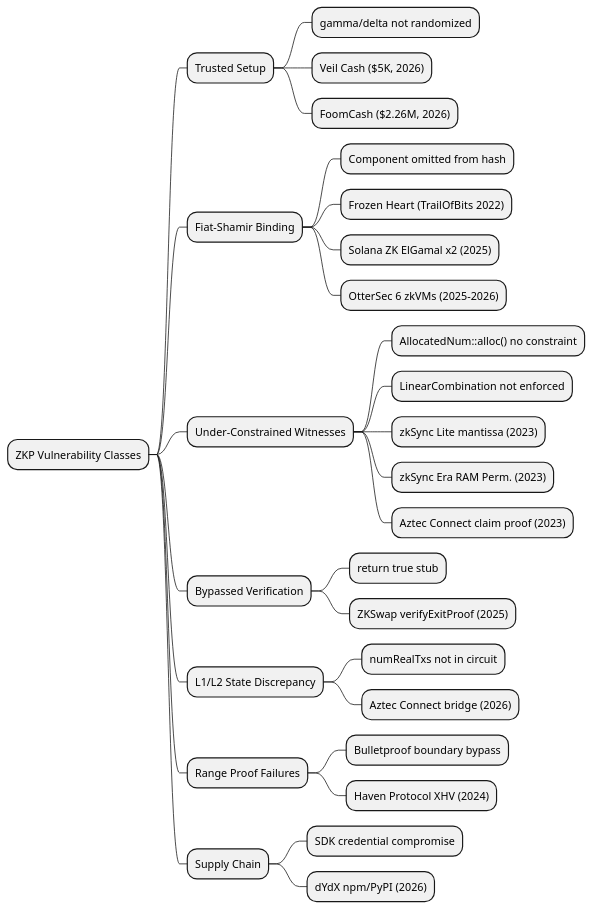
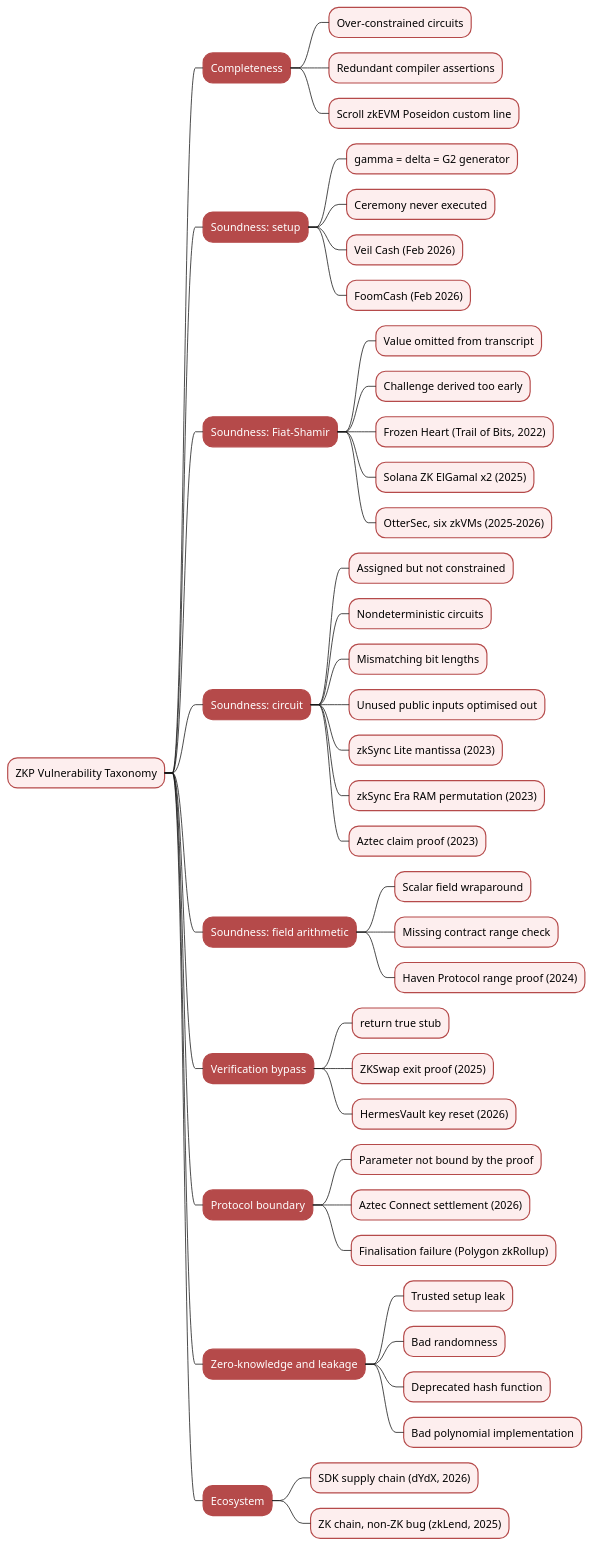
One commit to rya-sge/access-denied changed the diagram in assets/article/blockchain/zkp/2026-06-19-zkp-vulnerability-taxonomy-mindmap.puml. Above: the diagram before and after it, drawn with PlantUML. The commit also changed 90 other files, not shown here.

```diff
--- a/assets/article/blockchain/zkp/2026-06-19-zkp-vulnerability-taxonomy-mindmap.puml
+++ b/assets/article/blockchain/zkp/2026-06-19-zkp-vulnerability-taxonomy-mindmap.puml
@@ -1,30 +1,58 @@
 @startmindmap
-* ZKP Vulnerability Classes
-** Trusted Setup
-*** gamma/delta not randomized
-*** Veil Cash ($5K, 2026)
-*** FoomCash ($2.26M, 2026)
-** Fiat-Shamir Binding
-*** Component omitted from hash
-*** Frozen Heart (TrailOfBits 2022)
+<style>
+mindmapDiagram {
+  node {
+    BackgroundColor #FDEEEE
+    LineColor #B54A4A
+  }
+  :depth(1) {
+    BackgroundColor #B54A4A
+    FontColor white
+  }
+}
+</style>
+* ZKP Vulnerability Taxonomy
+** Completeness
+*** Over-constrained circuits
+*** Redundant compiler assertions
+*** Scroll zkEVM Poseidon custom line
+** Soundness: setup
+*** gamma = delta = G2 generator
+*** Ceremony never executed
+*** Veil Cash (Feb 2026)
+*** FoomCash (Feb 2026)
+** Soundness: Fiat-Shamir
+*** Value omitted from transcript
+*** Challenge derived too early
+*** Frozen Heart (Trail of Bits, 2022)
 *** Solana ZK ElGamal x2 (2025)
-*** OtterSec 6 zkVMs (2025-2026)
-** Under-Constrained Witnesses
-*** AllocatedNum::alloc() no constraint
-*** LinearCombination not enforced
+*** OtterSec, six zkVMs (2025-2026)
+** Soundness: circuit
+*** Assigned but not constrained
+*** Nondeterministic circuits
+*** Mismatching bit lengths
+*** Unused public inputs optimised out
 *** zkSync Lite mantissa (2023)
-*** zkSync Era RAM Perm. (2023)
-*** Aztec Connect claim proof (2023)
-** Bypassed Verification
+*** zkSync Era RAM permutation (2023)
+*** Aztec claim proof (2023)
+** Soundness: field arithmetic
+*** Scalar field wraparound
+*** Missing contract range check
+*** Haven Protocol range proof (2024)
+** Verification bypass
 *** return true stub
-*** ZKSwap verifyExitProof (2025)
-** L1/L2 State Discrepancy
-*** numRealTxs not in circuit
-*** Aztec Connect bridge (2026)
-** Range Proof Failures
-*** Bulletproof boundary bypass
-*** Haven Protocol XHV (2024)
-** Supply Chain
-*** SDK credential compromise
-*** dYdX npm/PyPI (2026)
+*** ZKSwap exit proof (2025)
+*** HermesVault key reset (2026)
+** Protocol boundary
+*** Parameter not bound by the proof
+*** Aztec Connect settlement (2026)
+*** Finalisation failure (Polygon zkRollup)
+** Zero-knowledge and leakage
+*** Trusted setup leak
+*** Bad randomness
+*** Deprecated hash function
+*** Bad polynomial implementation
+** Ecosystem
+*** SDK supply chain (dYdX, 2026)
+*** ZK chain, non-ZK bug (zkLend, 2025)
 @endmindmap
```
